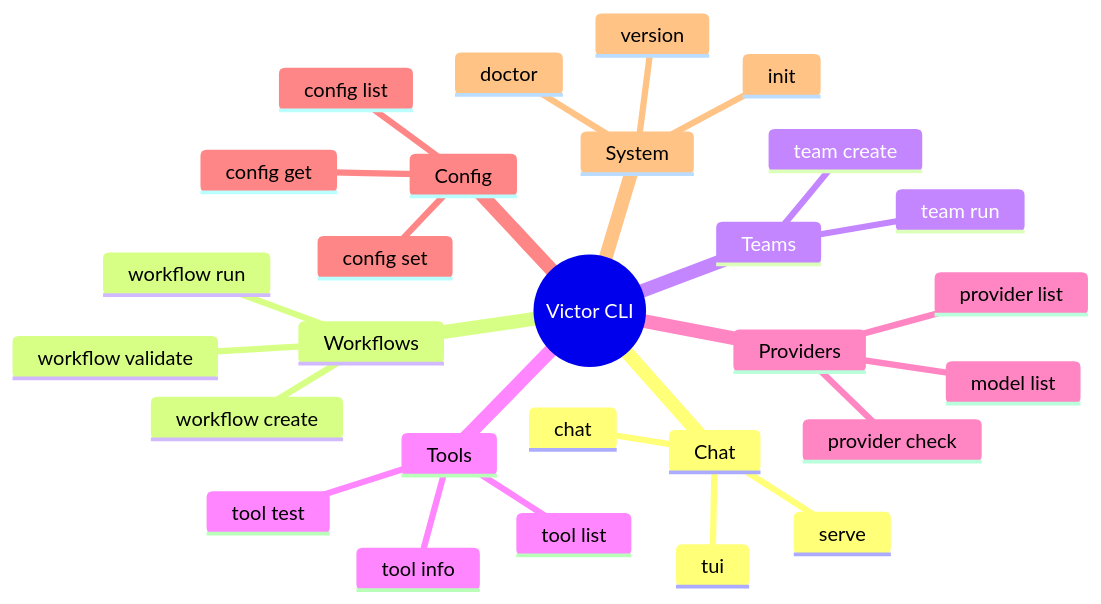
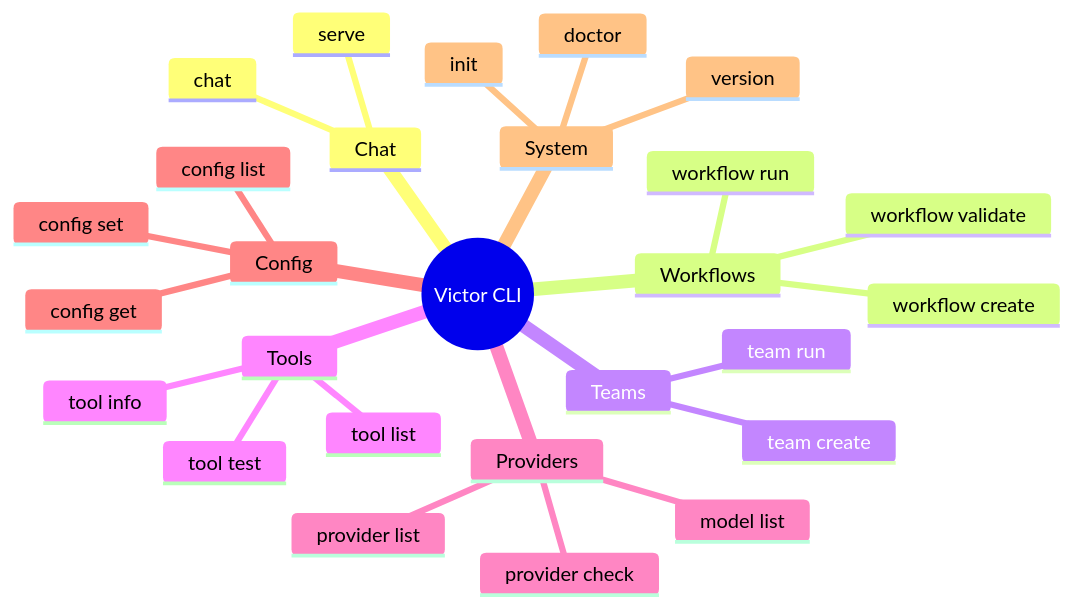
One commit to vjsingh1984/victor changed the diagram in docs/users/reference/cli-cheatsheet.md. Above: the diagram before and after it, drawn with Mermaid. The commit also changed other lines of this file and 61 other files, not shown here.

````diff
--- a/docs/users/reference/cli-cheatsheet.md
+++ b/docs/users/reference/cli-cheatsheet.md
@@ -7,31 +7,30 @@
 ```mermaid
 mindmap
   root((Victor CLI))
     Chat
       chat
-      tui
       serve
     Workflows
       workflow run
       workflow create
       workflow validate
     Teams
       team create
       team run
     Tools
       tool list
       tool info
       tool test
     Providers
       provider list
       provider check
       model list
     Config
       config set
       config get
       config list
     System
       doctor
       init
       version
 ```
````
